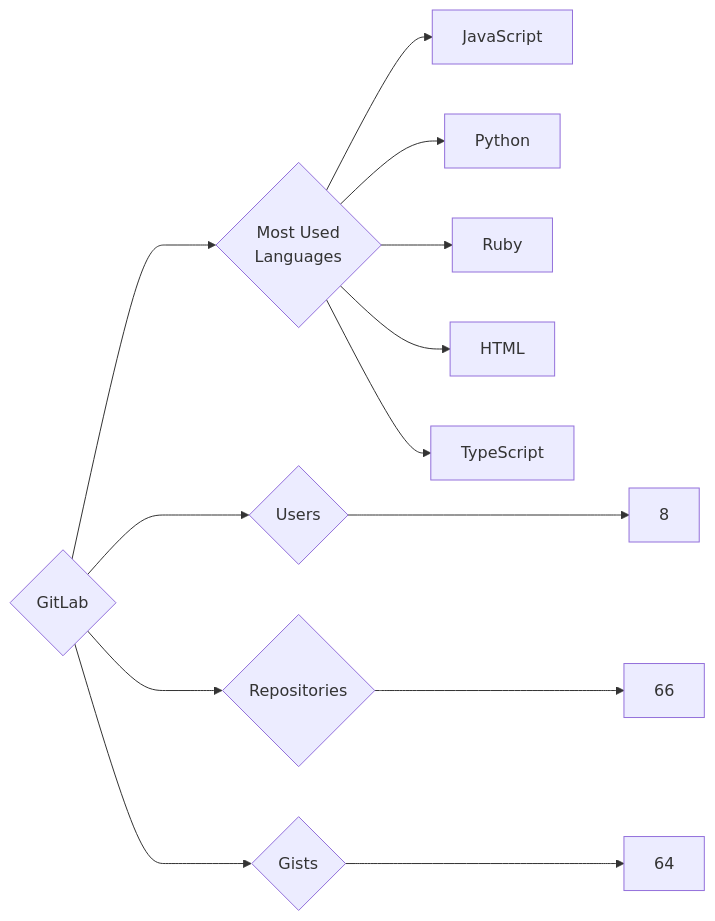
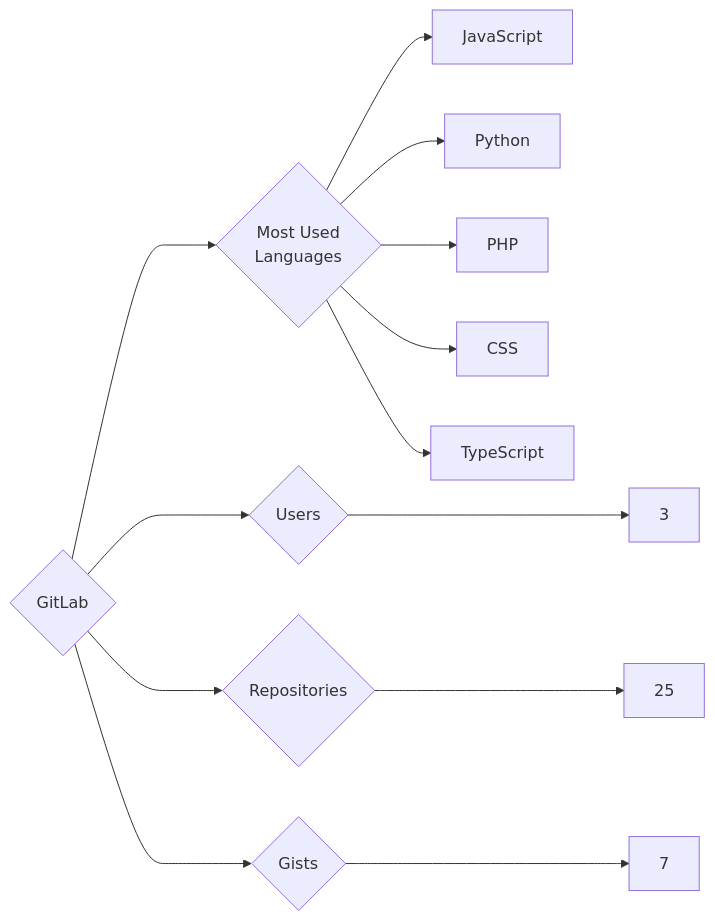
The diagram in targets/GitLab/README.md (trickest/insiders), drawn with Mermaid before and after one commit. The commit also changed 933 other files, not shown here.

````diff
--- a/targets/GitLab/README.md
+++ b/targets/GitLab/README.md
@@ -3,13 +3,13 @@
 ```mermaid
 graph LR
 COMPANY_NAME{GitLab}
-COMPANY_NAME ---> U{Users} ---> UN[8]
-COMPANY_NAME ---> R{Repositories} ---> RN[66]
-COMPANY_NAME ---> G{Gists} ---> GN[64]
+COMPANY_NAME ---> U{Users} ---> UN[3]
+COMPANY_NAME ---> R{Repositories} ---> RN[25]
+COMPANY_NAME ---> G{Gists} ---> GN[7]
 COMPANY_NAME ---> ML{Most Used<br>Languages}
 ML --> JavaScript[JavaScript]
 ML --> Python[Python]
-ML --> Ruby[Ruby]
-ML --> HTML[HTML]
+ML --> PHP[PHP]
+ML --> CSS[CSS]
 ML --> TypeScript[TypeScript]
 ```
````
